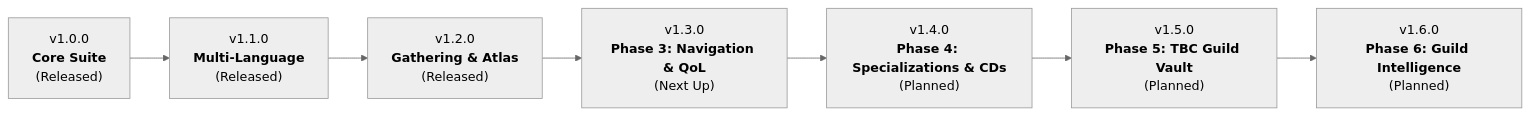
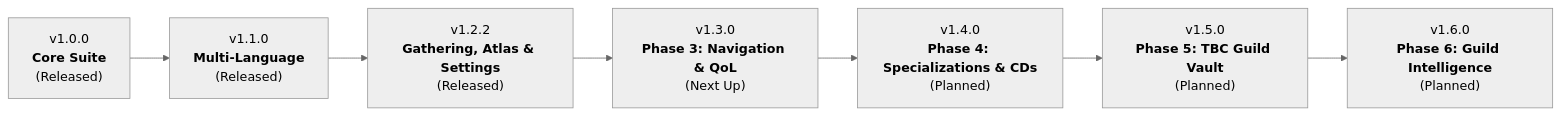
One commit to VhelCodez/GSFHub changed the diagram in ROADMAP.md. Above: the diagram before and after it, drawn with Mermaid (neutral theme). The commit also changed 1 other file, not shown here.

Commit message:
docs: finalize v1.2.2 changelog and roadmap synchronization

````diff
--- a/ROADMAP.md
+++ b/ROADMAP.md
@@ -9,9 +9,9 @@
 ```mermaid
 graph LR
     v10["v1.0.0<br/><b>Core Suite</b><br/>(Released)"] --> v11["v1.1.0<br/><b>Multi-Language</b><br/>(Released)"]
-    v11 --> v12["v1.2.0<br/><b>Gathering & Atlas</b><br/>(Released)"]
+    v11 --> v12["v1.2.2<br/><b>Gathering, Atlas & Settings</b><br/>(Released)"]
     v12 --> v13["v1.3.0<br/><b>Phase 3: Navigation & QoL</b><br/>(Next Up)"]
     v13 --> v14["v1.4.0<br/><b>Phase 4: Specializations & CDs</b><br/>(Planned)"]
     v14 --> v15["v1.5.0<br/><b>Phase 5: TBC Guild Vault</b><br/>(Planned)"]
     v15 --> v16["v1.6.0<br/><b>Phase 6: Guild Intelligence</b><br/>(Planned)"]
 ```
````
